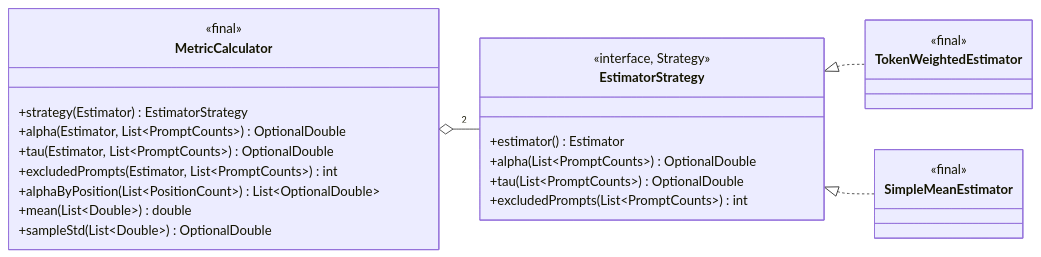
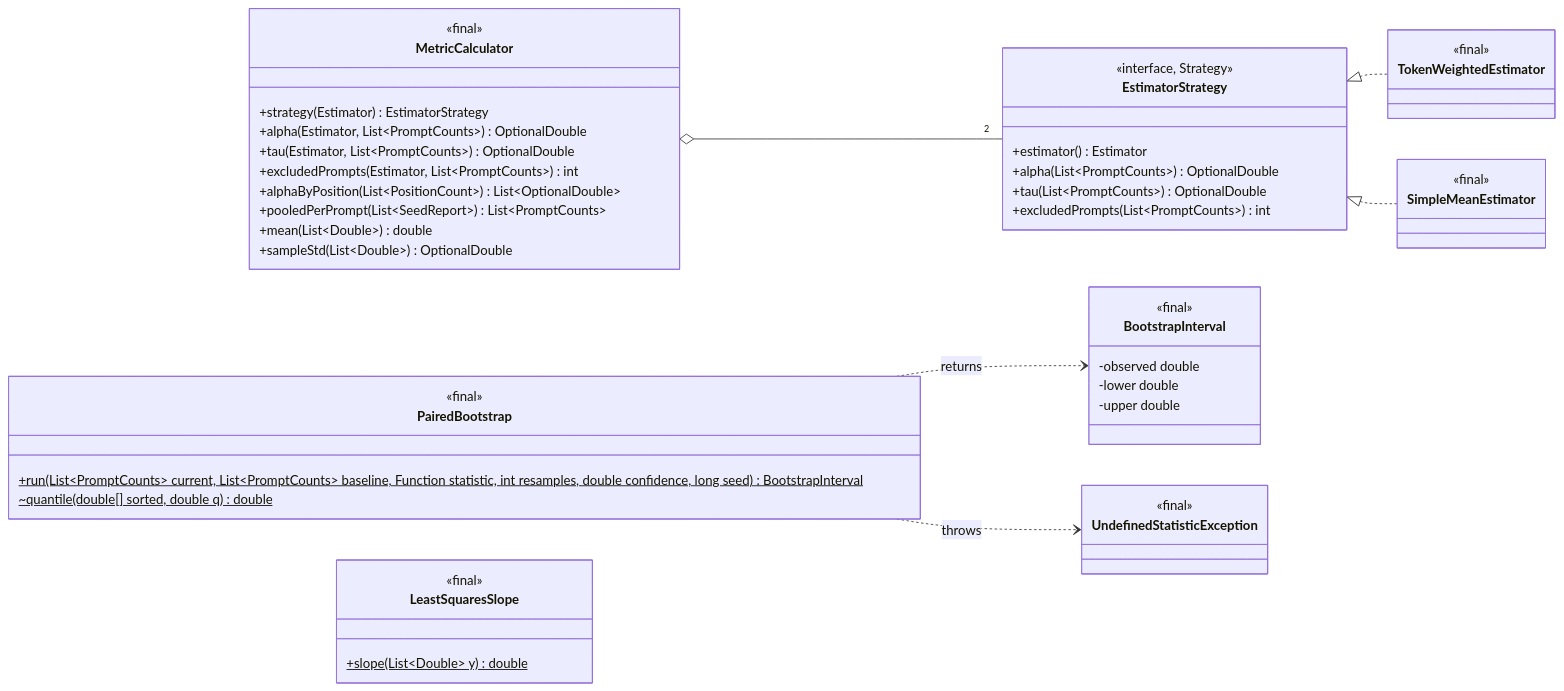
The seventh of 12 diagrams in docs/uml/class-diagram.md (ritikmahy5/draftwatch), drawn with Mermaid before and after one commit. The commit also changed other lines of this file and 2 other files, not shown here.

Commit message:
docs: update architecture, class diagram, and README for M3

````diff
--- a/docs/uml/class-diagram.md
+++ b/docs/uml/class-diagram.md
@@ -614,28 +644,48 @@
 ```mermaid
 classDiagram
   direction LR
 
   class MetricCalculator {
     <<final>>
     +strategy(Estimator) EstimatorStrategy
     +alpha(Estimator, List~PromptCounts~) OptionalDouble
     +tau(Estimator, List~PromptCounts~) OptionalDouble
     +excludedPrompts(Estimator, List~PromptCounts~) int
     +alphaByPosition(List~PositionCount~) List~OptionalDouble~
+    +pooledPerPrompt(List~SeedReport~) List~PromptCounts~
     +mean(List~Double~) double
     +sampleStd(List~Double~) OptionalDouble
   }
   class EstimatorStrategy {
     <<interface, Strategy>>
     +estimator() Estimator
     +alpha(List~PromptCounts~) OptionalDouble
     +tau(List~PromptCounts~) OptionalDouble
     +excludedPrompts(List~PromptCounts~) int
   }
   class TokenWeightedEstimator { <<final>> }
   class SimpleMeanEstimator { <<final>> }
+  class PairedBootstrap {
+    <<final>>
+    +run(List~PromptCounts~ current, List~PromptCounts~ baseline, Function statistic, int resamples, double confidence, long seed)$ BootstrapInterval
+    ~quantile(double[] sorted, double q)$ double
+  }
+  class BootstrapInterval {
+    <<final>>
+    -observed double
+    -lower double
+    -upper double
+  }
+  class LeastSquaresSlope {
+    <<final>>
+    +slope(List~Double~ y)$ double
+  }
+  class UndefinedStatisticException { <<final>> }
+
+  PairedBootstrap ..> BootstrapInterval : returns
+  PairedBootstrap ..> UndefinedStatisticException : throws
 
   MetricCalculator o-- "2" EstimatorStrategy
   EstimatorStrategy <|.. TokenWeightedEstimator
   EstimatorStrategy <|.. SimpleMeanEstimator
 ```
````
